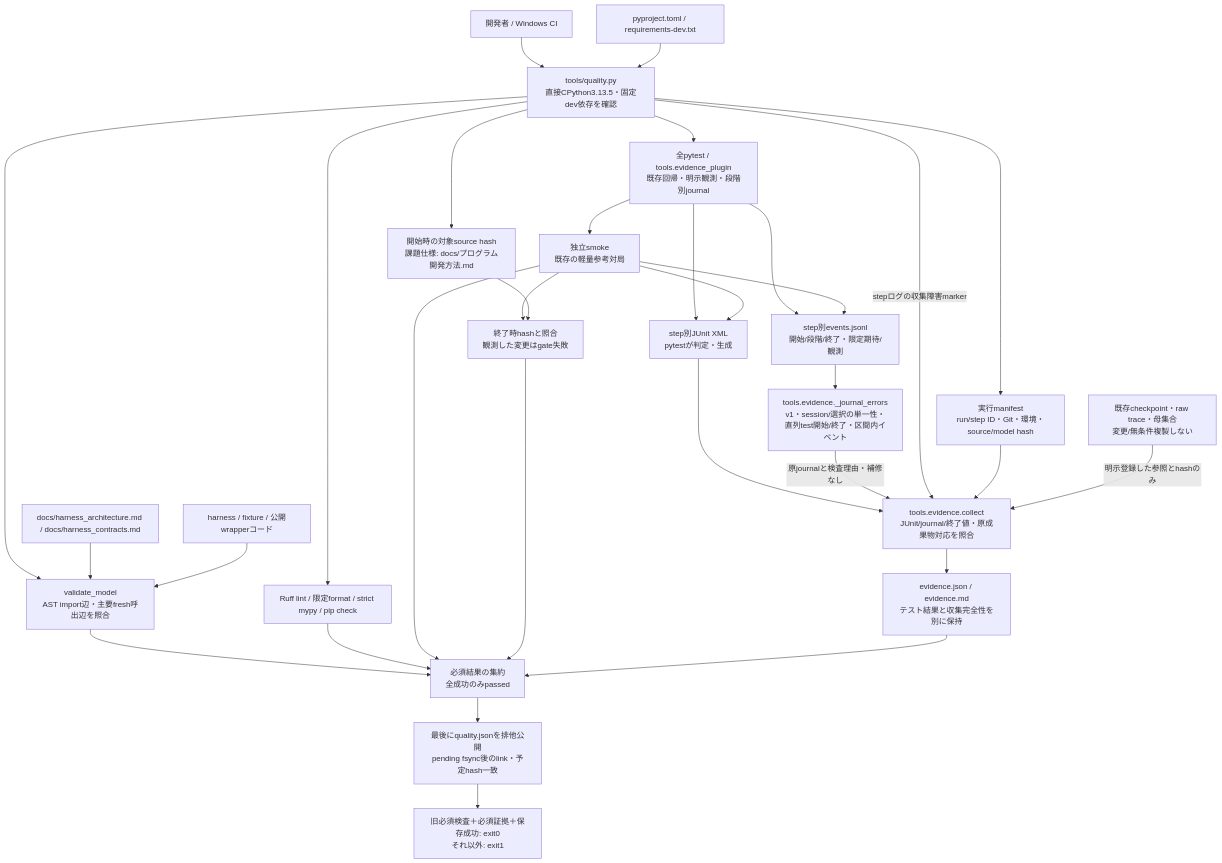
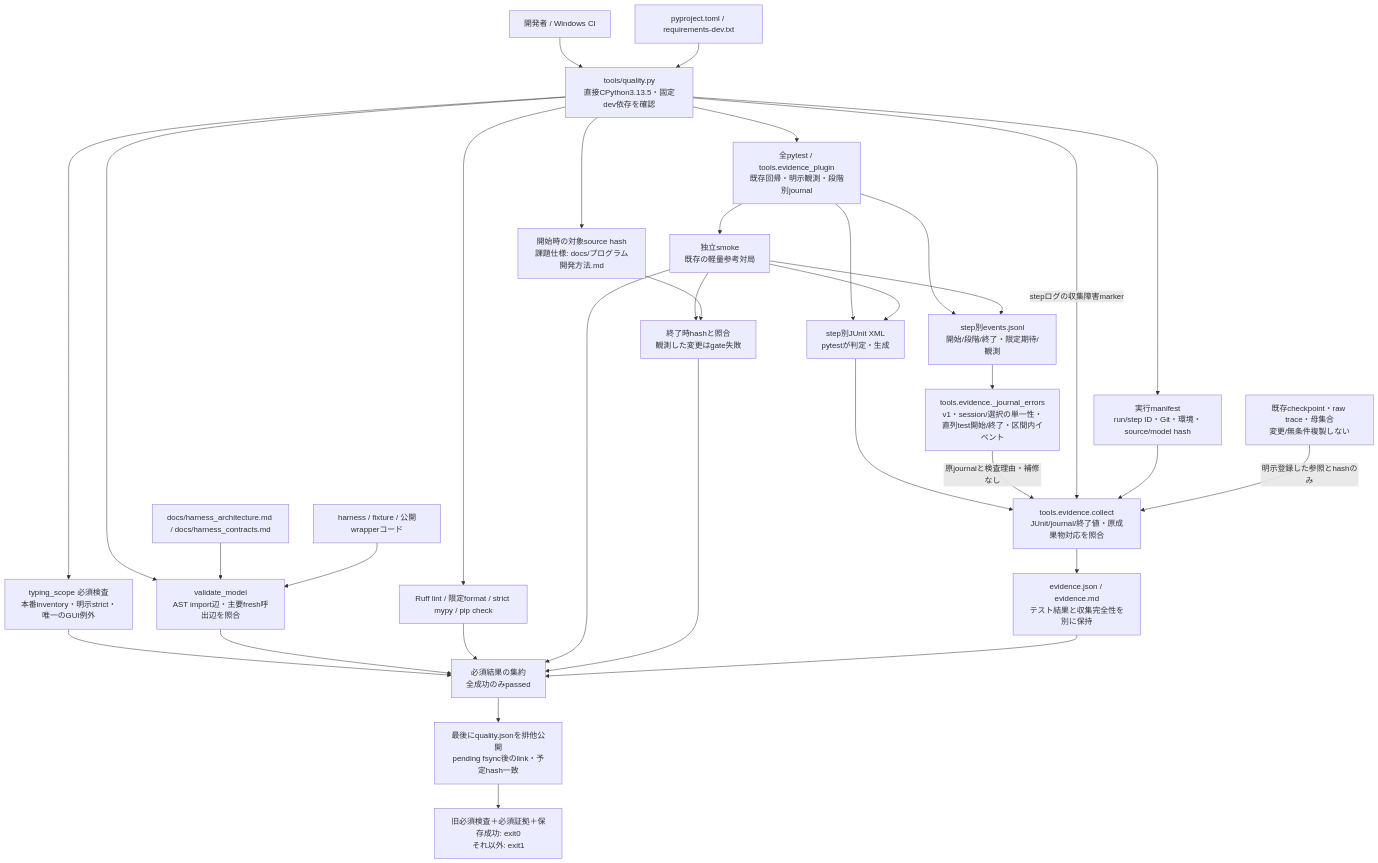
One commit to nonnhjleno/reversi-ai changed the sixth of 11 diagrams in docs/harness_architecture.md. Above: the diagram before and after it, drawn with Mermaid. The commit also changed other lines of this file and 12 other files, not shown here.

````diff
--- a/docs/harness_architecture.md
+++ b/docs/harness_architecture.md
@@ -327,33 +327,35 @@
 ```mermaid
 flowchart TD
     DEV["開発者 / Windows CI"] --> Q["tools/quality.py<br/>直接CPython3.13.5・固定dev依存を確認"]
     CFG["pyproject.toml / requirements-dev.txt"] --> Q
     Q --> M["validate_model<br/>AST import辺・主要fresh呼出辺を照合"]
     DOC["docs/harness_architecture.md / docs/harness_contracts.md"] --> M
     CODE["harness / fixture / 公開wrapperコード"] --> M
+    Q --> SC["typing_scope 必須検査<br/>本番inventory・明示strict・唯一のGUI例外"]
+    SC --> OUT
     Q --> L["Ruff lint / 限定format / strict mypy / pip check"]
     Q --> T["全pytest / tools.evidence_plugin<br/>既存回帰・明示観測・段階別journal"]
     T --> S["独立smoke<br/>既存の軽量参考対局"]
     M --> OUT["必須結果の集約<br/>全成功のみpassed"]
     L --> OUT
     S --> OUT
     Q --> SNAP["開始時の対象source hash<br/>課題仕様: docs/プログラム開発方法.md"]
     S --> SAME["終了時hashと照合<br/>観測した変更はgate失敗"]
     SNAP --> SAME
     SAME --> OUT
     T --> XML["step別JUnit XML<br/>pytestが判定・生成"]
     S --> XML
     T --> JOURNAL["step別events.jsonl<br/>開始/段階/終了・限定期待/観測"]
     S --> JOURNAL
     Q --> MAN["実行manifest<br/>run/step ID・Git・環境・source/model hash"]
     XML --> EC["tools.evidence.collect<br/>JUnit/journal/終了値・原成果物対応を照合"]
     JOURNAL --> JL["tools.evidence._journal_errors<br/>v1・session/選択の単一性・直列test開始/終了・区間内イベント"]
     JL -->|"原journalと検査理由・補修なし"| EC
     Q -->|"stepログの収集障害marker"| EC
     MAN --> EC
     ORIGINAL["既存checkpoint・raw trace・母集合<br/>変更/無条件複製しない"] -->|"明示登録した参照とhashのみ"| EC
     EC --> EV["evidence.json / evidence.md<br/>テスト結果と収集完全性を別に保持"]
     EV --> OUT
     OUT --> LOG["最後にquality.jsonを排他公開<br/>pending fsync後のlink・予定hash一致"]
     LOG --> EXIT["旧必須検査＋必須証拠＋保存成功: exit0<br/>それ以外: exit1"]
 ```
````
